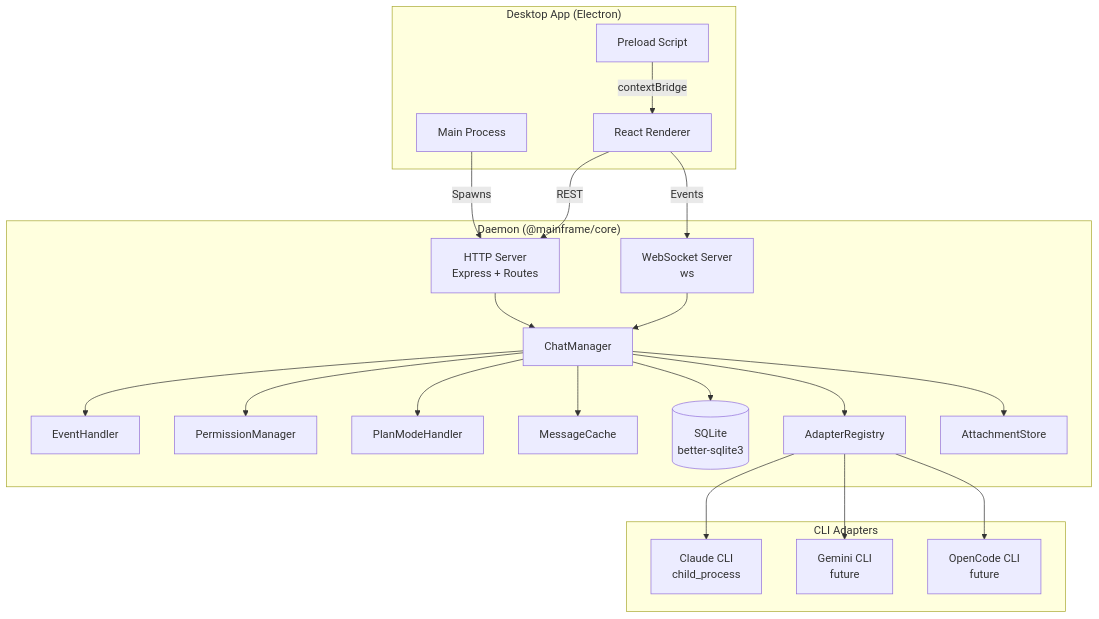
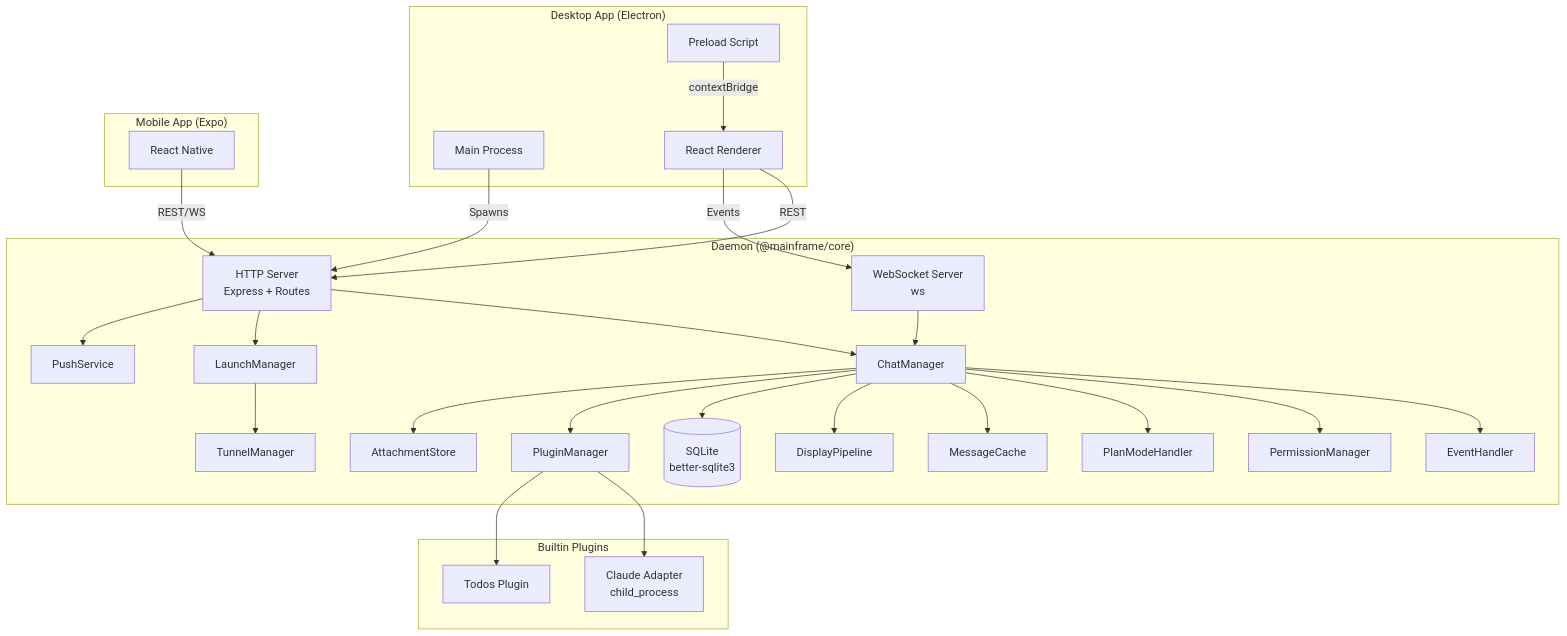
Before and after one commit to qlan-ro/mainframe: the first of 4 diagrams in docs/ARCHITECTURE.md, drawn with Mermaid. The commit also changed other lines of this file and 5 other files, not shown here.

````diff
--- a/docs/ARCHITECTURE.md
+++ b/docs/ARCHITECTURE.md
@@ -15,45 +17,56 @@
 ```mermaid
 graph TB
     subgraph "Desktop App (Electron)"
         MainProcess[Main Process]
         Preload[Preload Script]
         Renderer[React Renderer]
+    end
+
+    subgraph "Mobile App (Expo)"
+        MobileApp[React Native]
     end
 
     subgraph "Daemon (@mainframe/core)"
         HTTP[HTTP Server<br/>Express + Routes]
         WS[WebSocket Server<br/>ws]
         CM[ChatManager]
         EH[EventHandler]
         PM[PermissionManager]
         PMH[PlanModeHandler]
         MC[MessageCache]
+        DP[DisplayPipeline]
         DB[(SQLite<br/>better-sqlite3)]
-        AR[AdapterRegistry]
+        PLG[PluginManager]
+        LM[LaunchManager]
+        TM[TunnelManager]
+        PS[PushService]
         AS[AttachmentStore]
         CM --> EH
         CM --> PM
         CM --> PMH
         CM --> MC
+        CM --> DP
     end
 
-    subgraph "CLI Adapters"
-        Claude[Claude CLI<br/>child_process]
-        Gemini[Gemini CLI<br/>future]
-        OpenCode[OpenCode CLI<br/>future]
+    subgraph "Builtin Plugins"
+        Claude[Claude Adapter<br/>child_process]
+        Todos[Todos Plugin]
     end
 
     Renderer -->|REST| HTTP
     Renderer -->|Events| WS
+    MobileApp -->|REST/WS| HTTP
     MainProcess -->|Spawns| HTTP
     Preload -->|contextBridge| Renderer
 
     HTTP --> CM
     WS --> CM
     CM --> DB
-    CM --> AR
+    CM --> PLG
     CM --> AS
-    AR --> Claude
-    AR --> Gemini
-    AR --> OpenCode
+    PLG --> Claude
+    PLG --> Todos
+    HTTP --> LM
+    LM --> TM
+    HTTP --> PS
 ```
````
